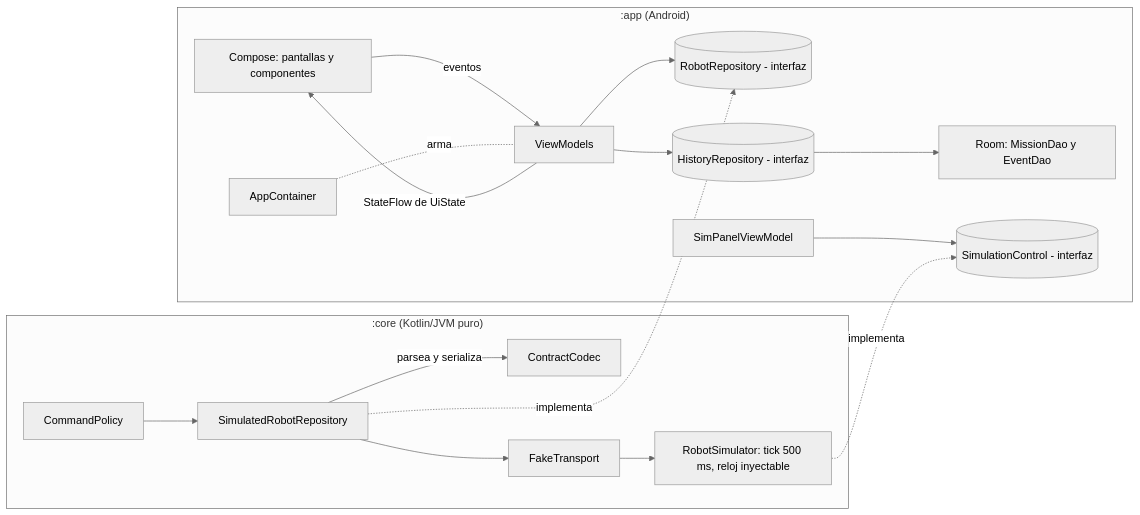
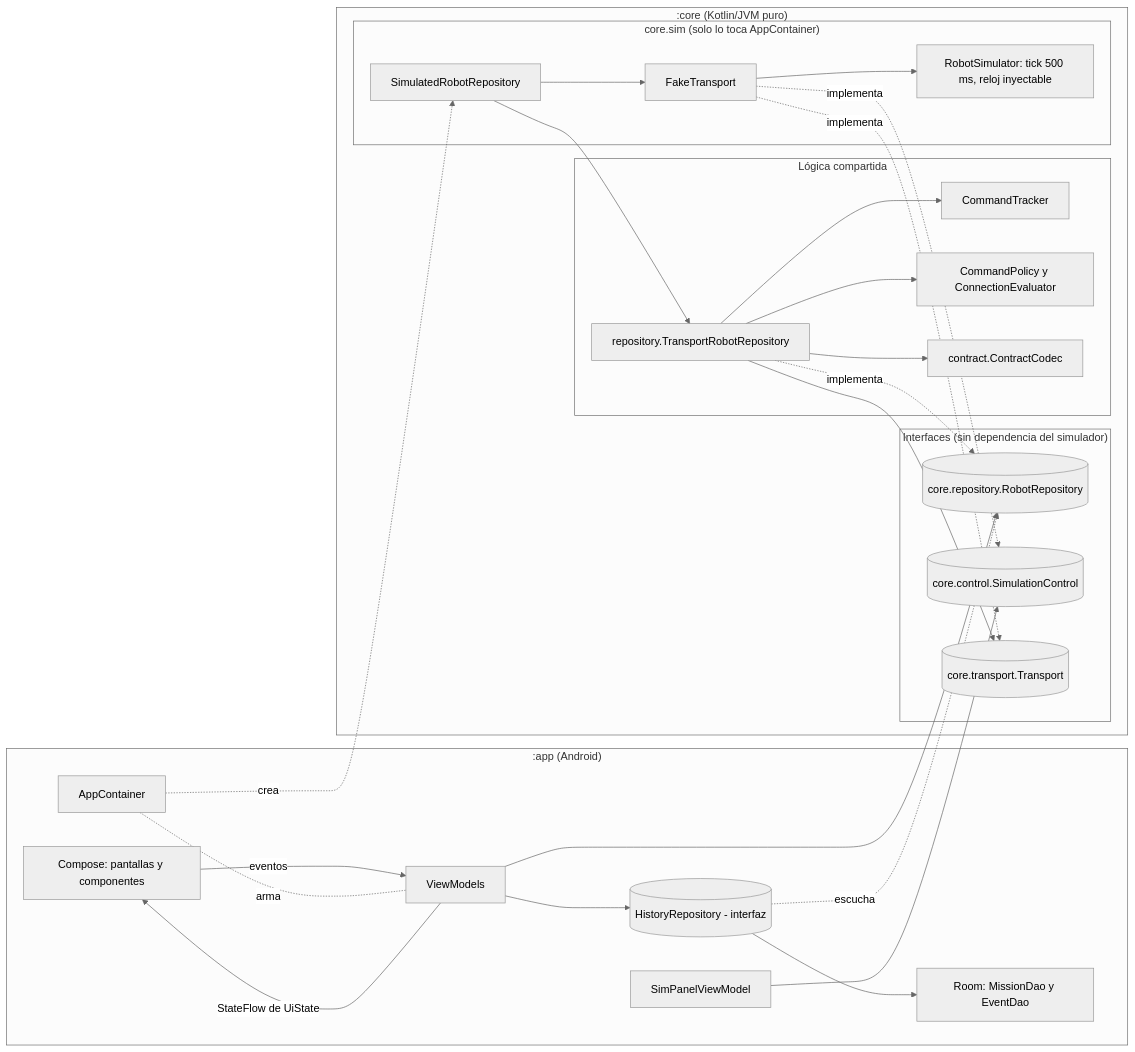
The diagram in docs/arquitectura/arquitectura.md (alejogarciabosio/tp-hmi-ronda), drawn with Mermaid (neutral theme) before and after one commit. The commit also changed other lines of this file, not shown here.

Commit message:
docs(arquitectura): ubica las interfaces fuera de sim y la implementación en core.sim

````diff
--- a/docs/arquitectura/arquitectura.md
+++ b/docs/arquitectura/arquitectura.md
@@ -5,20 +5,36 @@
 ```mermaid
 flowchart LR
   subgraph app[":app (Android)"]
     UI[Compose: pantallas y componentes] -->|eventos| VM[ViewModels]
     VM -->|StateFlow de UiState| UI
-    VM --> RR[(RobotRepository - interfaz)]
     VM --> HR[(HistoryRepository - interfaz)]
     HR --> ROOM[Room: MissionDao y EventDao]
-    SPVM[SimPanelViewModel] --> SC[(SimulationControl - interfaz)]
+    SPVM[SimPanelViewModel]
     AC[AppContainer] -. arma .- VM
   end
   subgraph core[":core (Kotlin/JVM puro)"]
-    SRR[SimulatedRobotRepository] -. implementa .-> RR
-    SRR -->|parsea y serializa| CODEC[ContractCodec]
-    SRR --> TR[FakeTransport]
-    TR --> SIM[RobotSimulator: tick 500 ms, reloj inyectable]
-    SIM -. implementa .-> SC
-    POL[CommandPolicy] --> SRR
+    subgraph interfaces["Interfaces (sin dependencia del simulador)"]
+      RR[(core.repository.RobotRepository)]
+      SC[(core.control.SimulationControl)]
+      TP[(core.transport.Transport)]
+    end
+    subgraph logica["Lógica compartida"]
+      TRR[repository.TransportRobotRepository] -. implementa .-> RR
+      TRR --> TRK[CommandTracker]
+      TRR --> POL[CommandPolicy y ConnectionEvaluator]
+      TRR --> CODEC[contract.ContractCodec]
+      TRR --> TP
+    end
+    subgraph sim["core.sim (solo lo toca AppContainer)"]
+      SRR[SimulatedRobotRepository] --> TRR
+      FT[FakeTransport] -. implementa .-> TP
+      FT -. implementa .-> SC
+      FT --> SIM[RobotSimulator: tick 500 ms, reloj inyectable]
+      SRR --> FT
+    end
   end
+  VM --> RR
+  SPVM --> SC
+  HR -. escucha .-> RR
+  AC -. crea .-> SRR
 ```
````
